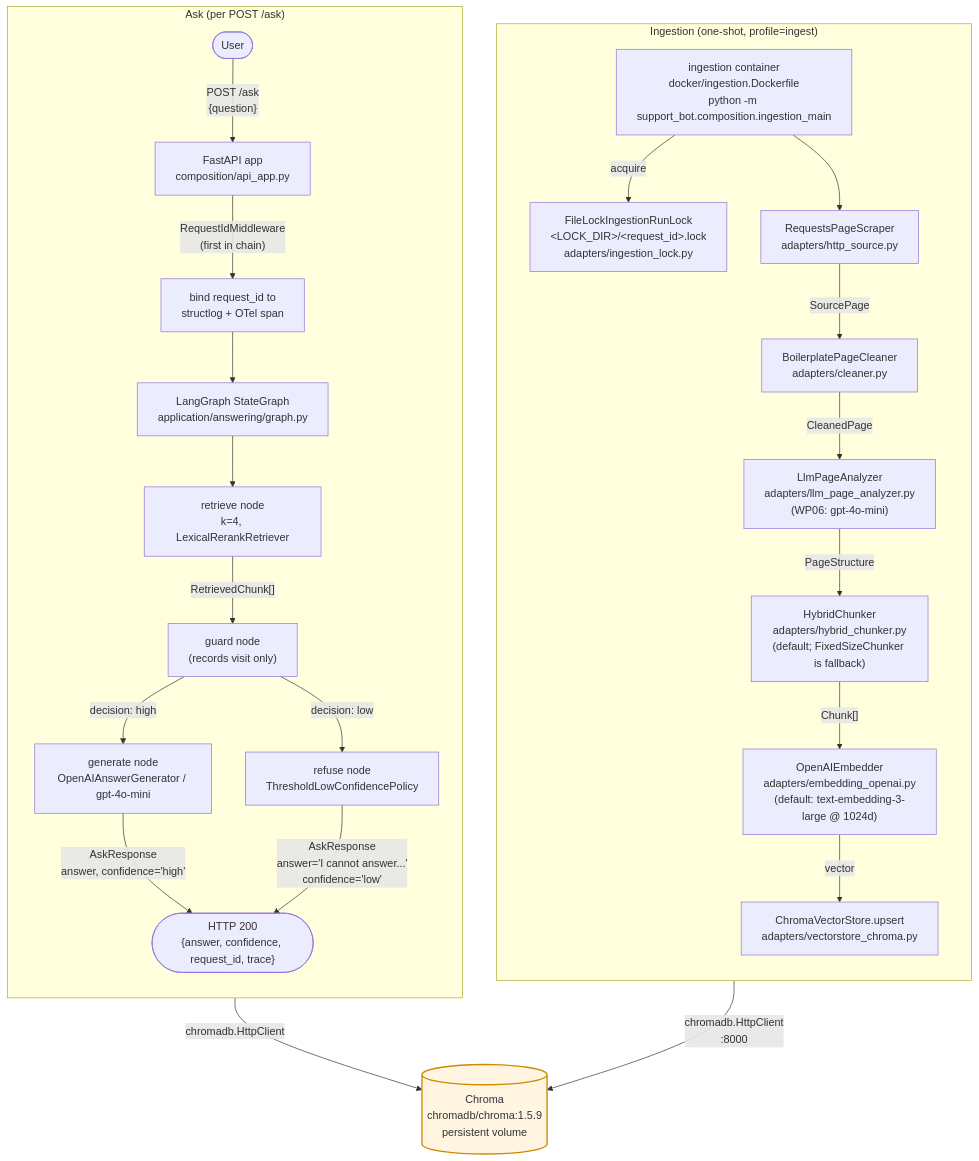
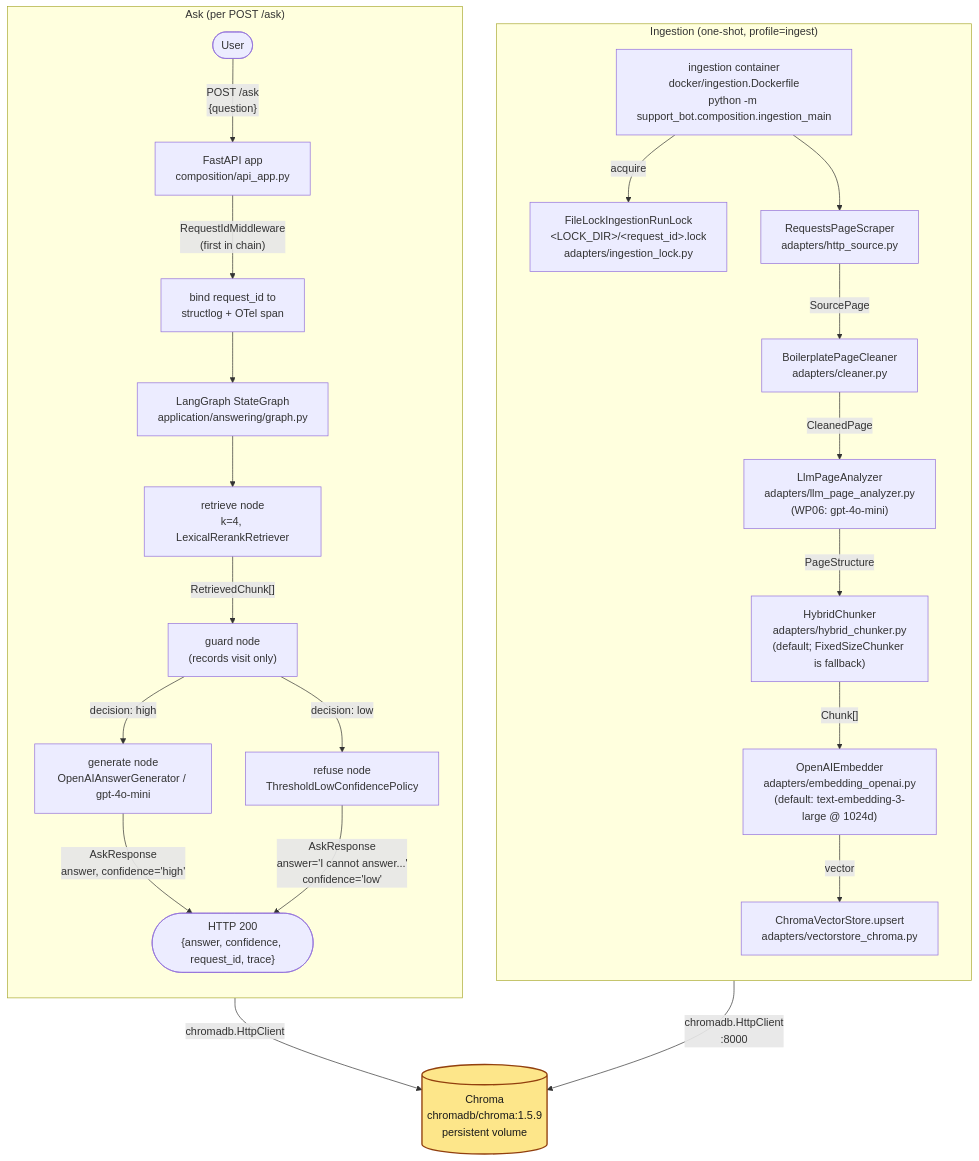
One commit to bruj0/support-agent changed the diagram in docs/architecture/local-flow.md. Above: the diagram before and after it, drawn with Mermaid. The commit also changed 3 other files, not shown here.

````diff
--- a/docs/architecture/local-flow.md
+++ b/docs/architecture/local-flow.md
@@ -20,41 +20,41 @@
 ```mermaid
 flowchart TB
     subgraph ING["Ingestion (one-shot, profile=ingest)"]
         direction TB
         JOB["ingestion container<br/>docker/ingestion.Dockerfile<br/>python -m support_bot.composition.ingestion_main"]
         LOCK["FileLockIngestionRunLock<br/>&lt;LOCK_DIR&gt;/&lt;request_id&gt;.lock<br/>adapters/ingestion_lock.py"]
         SCRAPER["RequestsPageScraper<br/>adapters/http_source.py"]
         CLEANER["BoilerplatePageCleaner<br/>adapters/cleaner.py"]
         ANALYZER["LlmPageAnalyzer<br/>adapters/llm_page_analyzer.py<br/>(WP06: gpt-4o-mini)"]
         CHUNKER["HybridChunker<br/>adapters/hybrid_chunker.py<br/>(default; FixedSizeChunker is fallback)"]
         EMBED["OpenAIEmbedder<br/>adapters/embedding_openai.py<br/>(default: text-embedding-3-large @ 1024d)"]
         UPSERT["ChromaVectorStore.upsert<br/>adapters/vectorstore_chroma.py"]
         JOB -->|"acquire"| LOCK
         JOB --> SCRAPER
         SCRAPER -->|"SourcePage"| CLEANER
         CLEANER -->|"CleanedPage"| ANALYZER
         ANALYZER -->|"PageStructure"| CHUNKER
         CHUNKER -->|"Chunk[]"| EMBED
         EMBED -->|"vector"| UPSERT
     end
 
     subgraph ASK["Ask (per POST /ask)"]
         direction TB
         U(["User"]) -->|"POST /ask<br/>{question}"| API["FastAPI app<br/>composition/api_app.py"]
         API -->|"RequestIdMiddleware<br/>(first in chain)"| MID["bind request_id to<br/>structlog + OTel span"]
         MID --> LG["LangGraph StateGraph<br/>application/answering/graph.py"]
         LG --> RET["retrieve node<br/>k=4, LexicalRerankRetriever"]
         RET -->|"RetrievedChunk[]"| GUARD["guard node<br/>(records visit only)"]
         GUARD -->|"decision: high"| GEN["generate node<br/>OpenAIAnswerGenerator / gpt-4o-mini"]
         GUARD -->|"decision: low"| REF["refuse node<br/>ThresholdLowConfidencePolicy"]
         GEN -->|"AskResponse<br/>answer, confidence='high'"| OUT(["HTTP 200<br/>{answer, confidence, request_id, trace}"])
         REF -->|"AskResponse<br/>answer='I cannot answer...'<br/>confidence='low'"| OUT
     end
 
     UPSERT -->|"chromadb.HttpClient<br/>:8000"| CHROMA[("Chroma<br/>chromadb/chroma:1.5.9<br/>persistent volume")]
     RET -->|"chromadb.HttpClient"| CHROMA
 
-    classDef store fill:#fff5e1,stroke:#cc8a00,stroke-width:2px;
-    classDef edge fill:#0b3d91,stroke:#7aa7ff,color:#ffffff;
+    classDef store fill:#fde68a,stroke:#92400e,stroke-width:2px,color:#1a1a1a;
+    classDef edge fill:#1e40af,stroke:#93c5fd,color:#ffffff;
     class CHROMA store;
 ```
````
